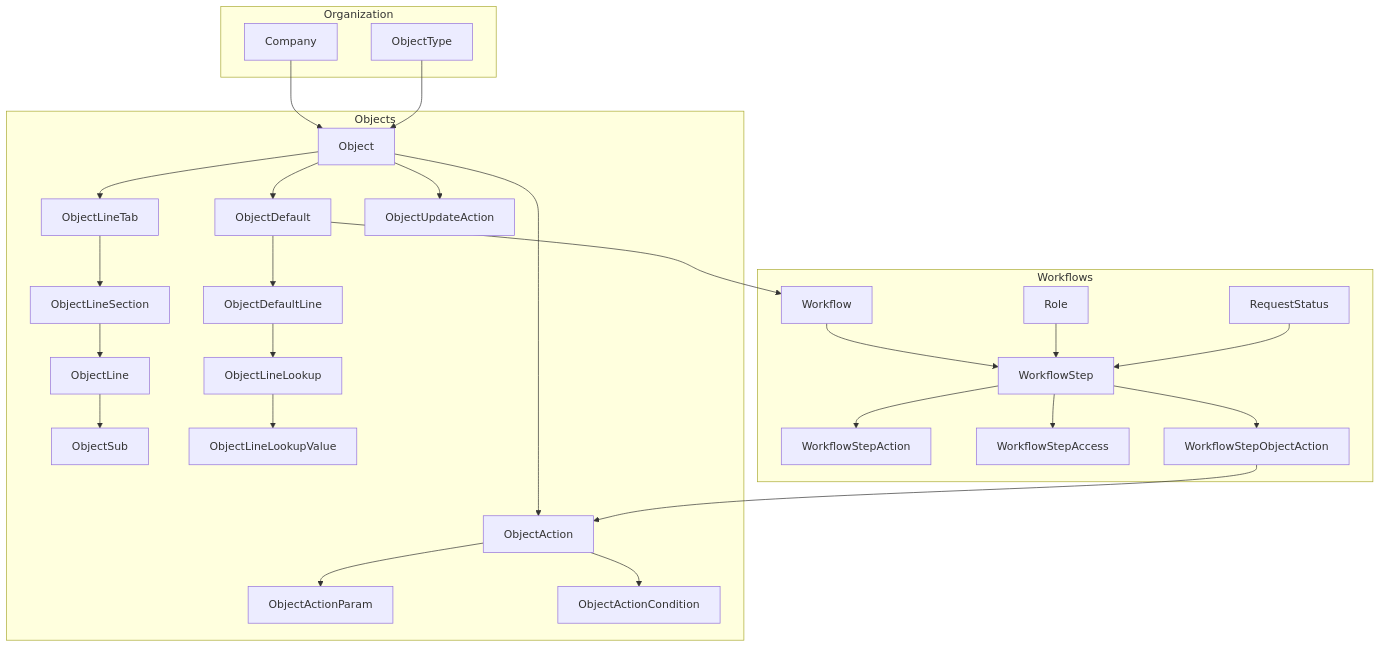
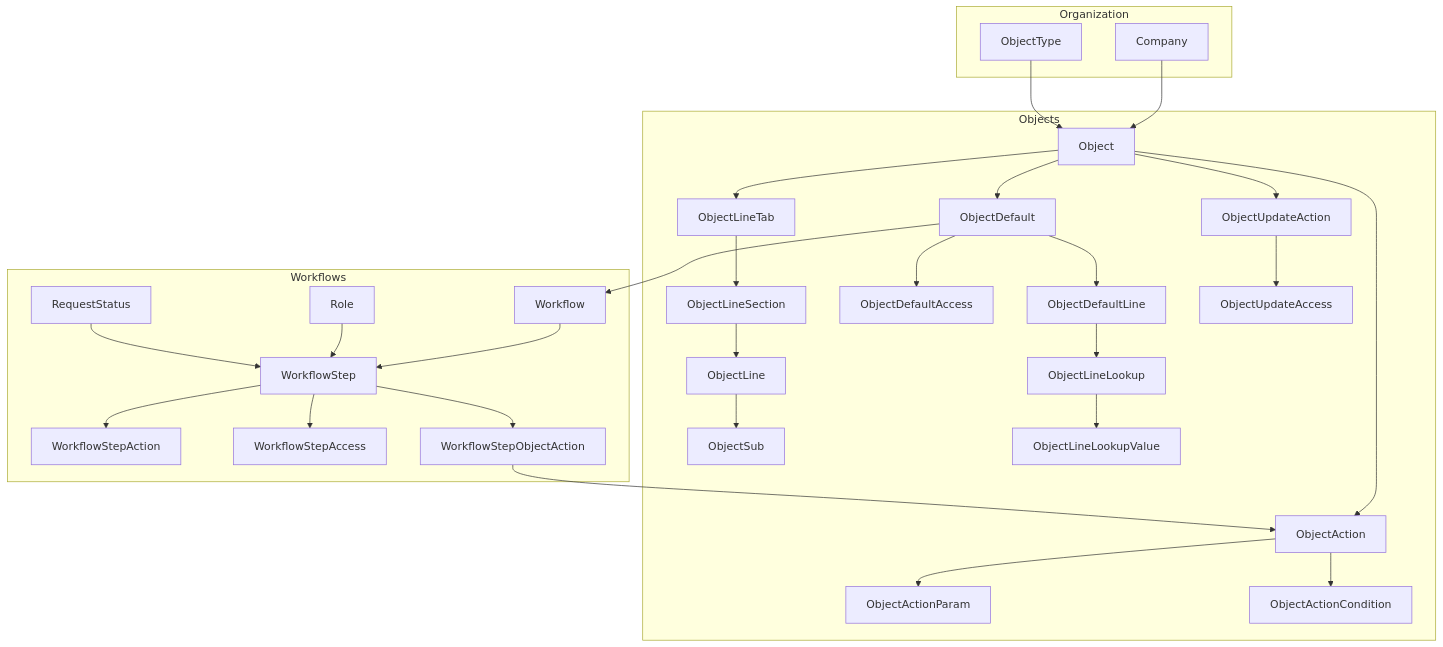
The diagram in docs/01-entity-hierarchy.md (IntelStudios/xeelo-skills), drawn with Mermaid before and after one commit. The commit also changed other lines of this file and 52 other files, not shown here.

Commit message:
autonumbers, language table, update action access

````diff
--- a/docs/01-entity-hierarchy.md
+++ b/docs/01-entity-hierarchy.md
@@ -5,37 +5,39 @@
 ```mermaid
 flowchart TB
   subgraph org [Organization]
     Company
     ObjectType
   end
   subgraph objects [Objects]
     Object
     Object --> ObjectLineTab
     ObjectLineTab --> ObjectLineSection
     ObjectLineSection --> ObjectLine
     ObjectLine --> ObjectSub
     Object --> ObjectDefault
+    ObjectDefault --> ObjectDefaultAccess
     ObjectDefault --> ObjectDefaultLine
     Object --> ObjectUpdateAction
+    ObjectUpdateAction --> ObjectUpdateAccess
     Object --> ObjectAction
     ObjectAction --> ObjectActionParam
     ObjectAction --> ObjectActionCondition
     ObjectLineLookup --> ObjectLineLookupValue
     ObjectDefaultLine --> ObjectLineLookup
   end
   subgraph wf [Workflows]
     Role
     RequestStatus
     Workflow
     Workflow --> WorkflowStep
     WorkflowStep --> WorkflowStepAction
     WorkflowStep --> WorkflowStepAccess
     WorkflowStep --> WorkflowStepObjectAction
     WorkflowStepObjectAction --> ObjectAction
     ObjectDefault --> Workflow
   end
   Company --> Object
   ObjectType --> Object
   Role --> WorkflowStep
   RequestStatus --> WorkflowStep
 ```
````
